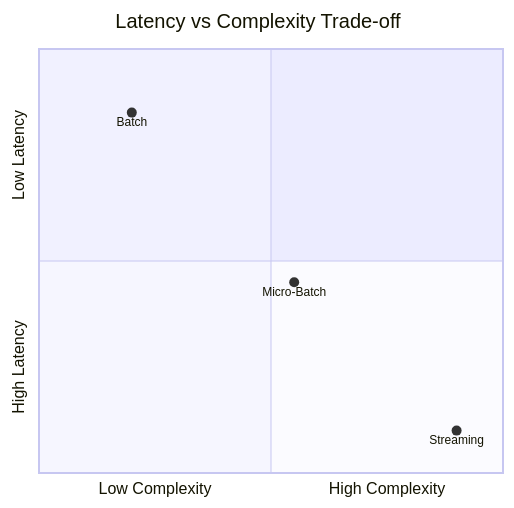
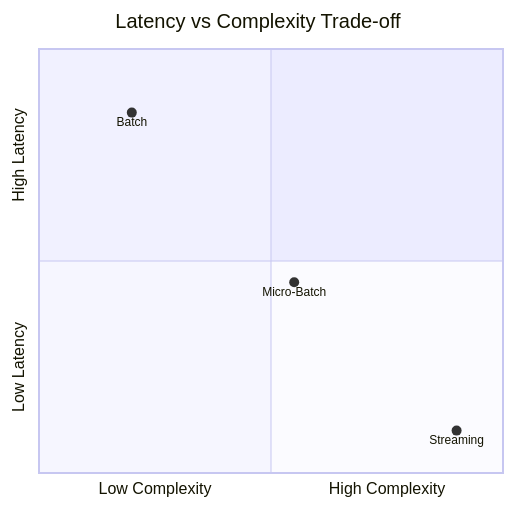
The first of 2 diagrams in bits-pilani/trimester-3/notes/machine-learning-model-engineering/week-10/07-let-s-compare-batch-and-micro-batch-transcript.md (hsoni92/ml-workbook), drawn with Mermaid before and after one commit. The commit also changed 3 other files, not shown here.

````diff
--- a/bits-pilani/trimester-3/notes/machine-learning-model-engineering/week-10/07-let-s-compare-batch-and-micro-batch-transcript.md
+++ b/bits-pilani/trimester-3/notes/machine-learning-model-engineering/week-10/07-let-s-compare-batch-and-micro-batch-transcript.md
@@ -17,9 +17,9 @@
 ```mermaid
 quadrantChart
     title Latency vs Complexity Trade-off
     x-axis Low Complexity --> High Complexity
-    y-axis High Latency --> Low Latency
+    y-axis Low Latency --> High Latency
     Batch: [0.2, 0.85]
     Micro-Batch: [0.55, 0.45]
     Streaming: [0.9, 0.1]
 ```
````
